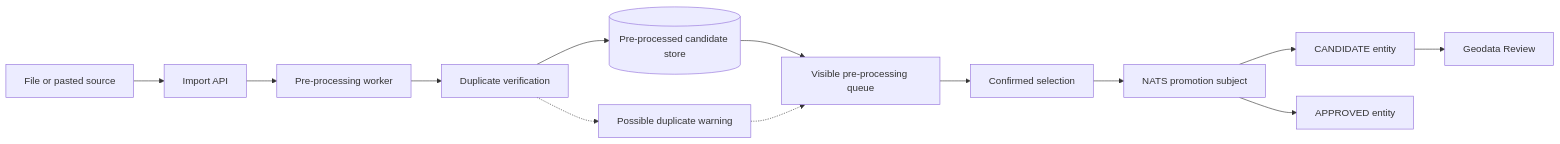
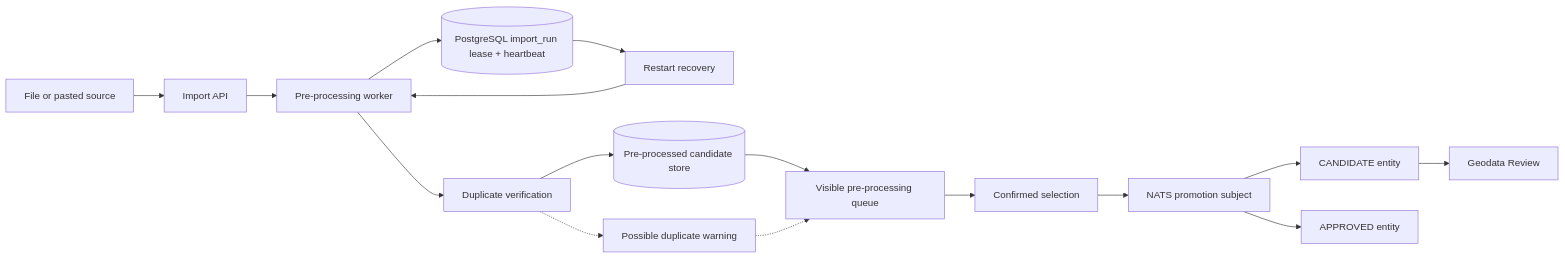
The diagram in docs/diagrams/geodata-import-validation.md (myota-platform/myota-docs), drawn with Mermaid before and after one commit. The commit also changed 2 other files, not shown here.

Commit message:
Document restart-safe geodata imports
Describe SeaweedFS source durability, PostgreSQL import leases, heartbeats, startup recovery, and visible failure handling in architecture, operations, and the import validation diagram.

````diff
--- a/docs/diagrams/geodata-import-validation.md
+++ b/docs/diagrams/geodata-import-validation.md
@@ -7,15 +7,18 @@
 ```mermaid
 flowchart LR
   Source[File or pasted source] --> Intake[Import API]
   Intake --> Pre[Pre-processing worker]
+  Pre --> Lease[(PostgreSQL import_run lease + heartbeat)]
+  Lease --> Recover[Restart recovery]
+  Recover --> Pre
   Pre --> Dedup[Duplicate verification]
   Dedup --> Store[(Pre-processed candidate store)]
   Dedup -.-> Warning[Possible duplicate warning]
   Store --> Admin[Visible pre-processing queue]
   Warning -.-> Admin
   Admin --> Validate[Confirmed selection]
   Validate --> NATS[NATS promotion subject]
   NATS --> Candidate[CANDIDATE entity]
   NATS --> Approved[APPROVED entity]
   Candidate --> Review[Geodata Review]
 ```
````
